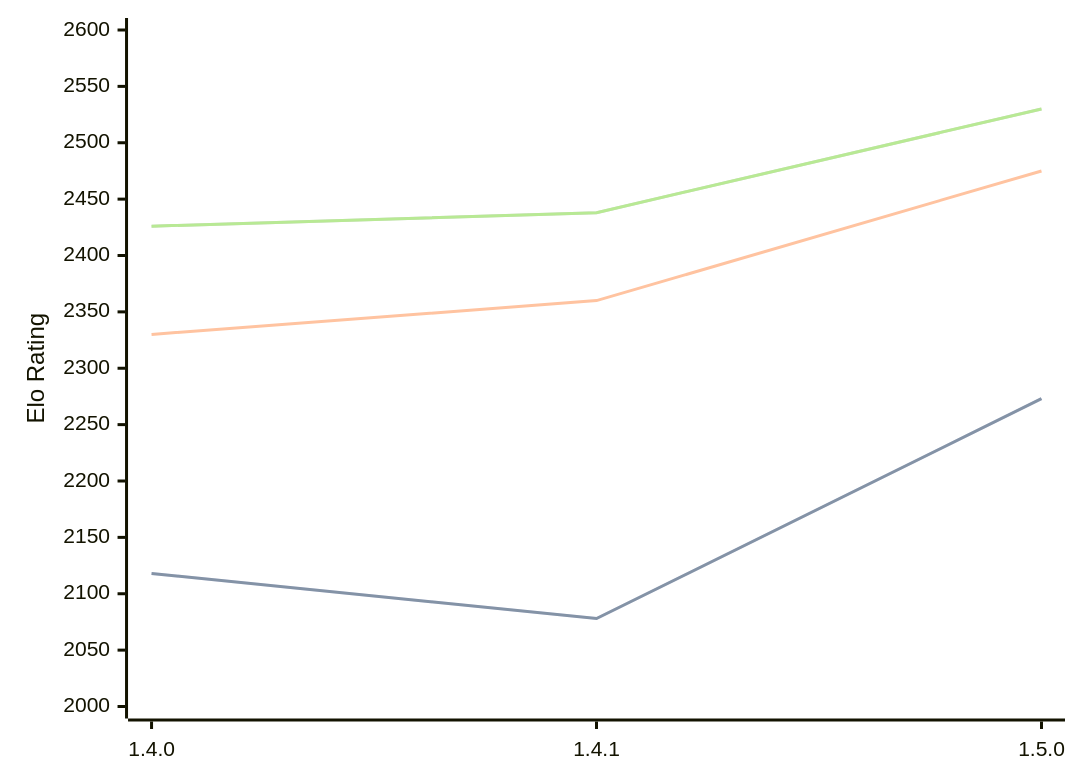
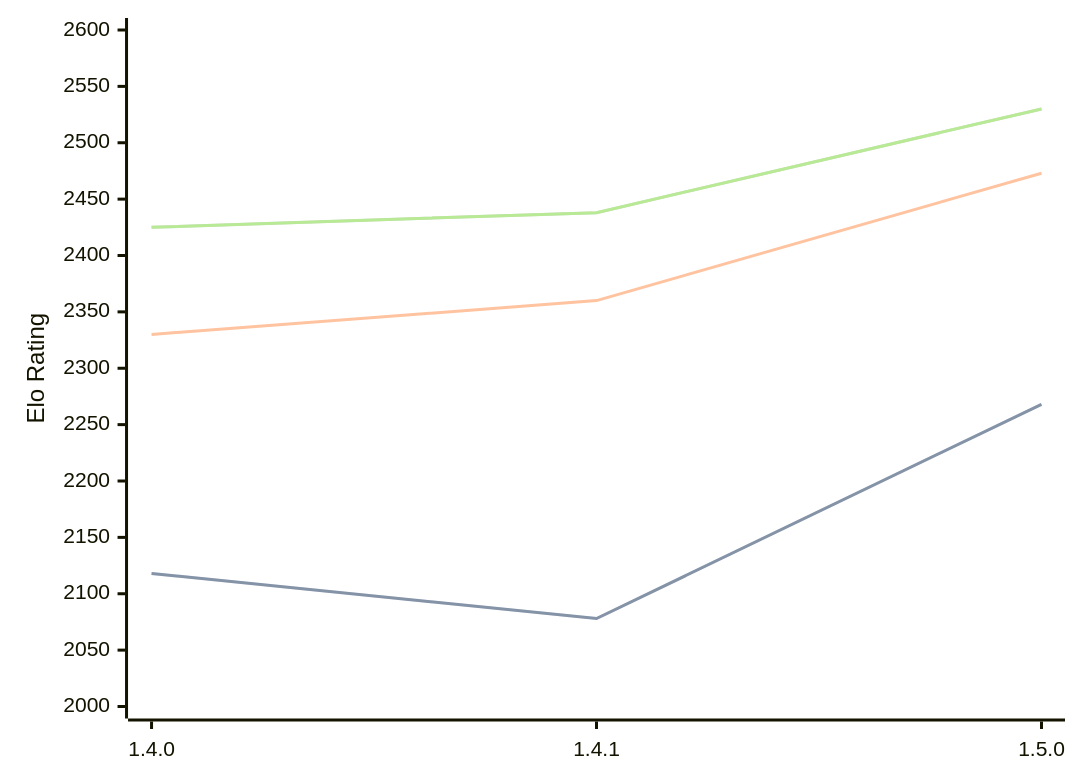
The diagram in engines/Tofiks.md (computer-chess-index/cci), drawn with Mermaid before and after one commit. The commit also changed other lines of this file, not shown here.

Commit message:
Update CCI Ratings (ELO VLTC) - 2026-04-29

````diff
--- a/engines/Tofiks.md
+++ b/engines/Tofiks.md
@@ -37,11 +37,11 @@
 ```mermaid
 %%{init: {"theme":"base","themeVariables":{"seriesColors:['#a3a3a3','#222221','#faa371']}}}%%
 xychart-beta
   x-axis ["1.4.0", "1.4.1", "1.5.0"]
   y-axis "Elo Rating" 2000 --> 2600
-  line "STC (8.0+0.08s)" [2118, 2078, 2273]
-  line "STC (8.0+0.08s)" [2118, 2078, 2273]
-  line "LTC (60.0+0.60s)" [2330, 2360, 2475]
-  line "VLTC (2m24s+1.12s)" [2426, 2438, 2530]
-  line "VLTC (2m24s+1.12s)" [2426, 2438, 2530]
+  line "STC (8.0+0.08s)" [2118, 2078, 2268]
+  line "STC (8.0+0.08s)" [2118, 2078, 2268]
+  line "LTC (60.0+0.60s)" [2330, 2360, 2473]
+  line "VLTC (2m24s+1.12s)" [2425, 2438, 2530]
+  line "VLTC (2m24s+1.12s)" [2425, 2438, 2530]
 ```
````
